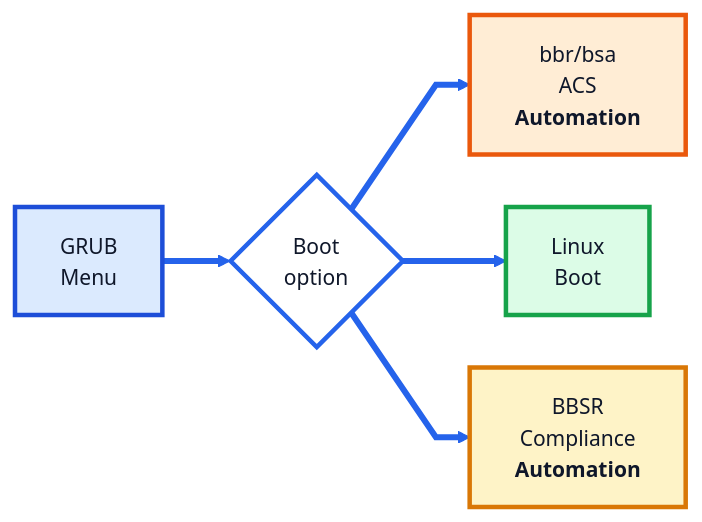
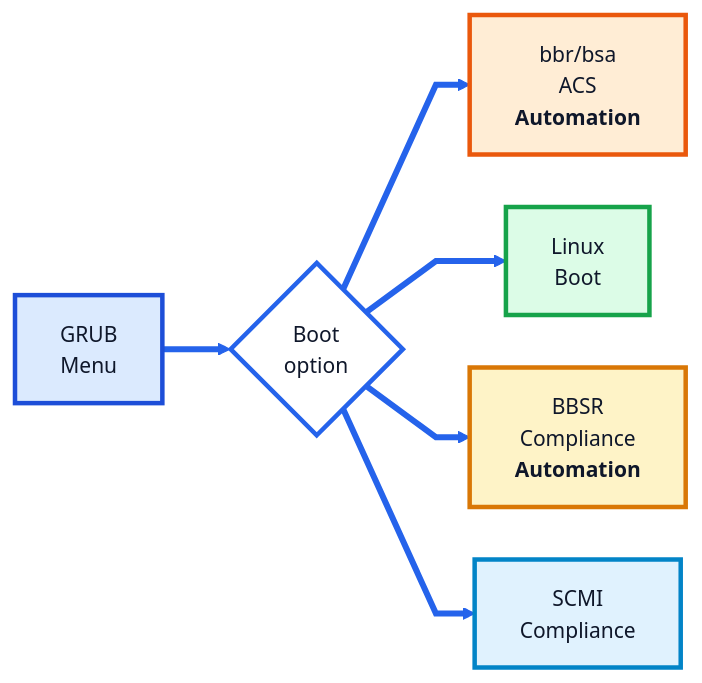
The second of 9 diagrams in docs/systemready_devicetree_band_flow.md (ARM-software/arm-systemready), drawn with Mermaid before and after one commit. The commit also changed other lines of this file and 1 other file, not shown here.

First line of the commit message:
fix: enforce strict ESP detection and document SCMI flow

````diff
--- a/docs/systemready_devicetree_band_flow.md
+++ b/docs/systemready_devicetree_band_flow.md
@@ -125,40 +126,46 @@
 ```mermaid
 %%{init: {
   "theme": "base",
   "flowchart": {
     "curve": "linear",
     "nodeSpacing": 35,
     "rankSpacing": 45
   },
   "themeVariables": {
     "fontFamily": "Arial",
     "fontSize": "14px",
     "primaryBorderColor": "#0f172a",
     "lineColor": "#2563eb",
     "tertiaryColor": "#ffffff"
   }
 }}%%
 
 flowchart LR
     linkStyle default stroke:#2563eb,stroke-width:4px;
 
     A["GRUB<br/>Menu"] --> B{"Boot<br/>option"}
+
     B --> C["bbr/bsa<br/>ACS<br/><b>Automation</b>"]
     B --> D["Linux<br/>Boot"]
     B --> E["BBSR<br/>Compliance<br/><b>Automation</b>"]
+    B --> F["SCMI<br/>Compliance"]
 
-    click C "https://github.com/ARM-software/arm-systemready/blob/main/docs/systemredy_devicetree_band_flow.md#2-bbrbsa-acs-automation-flow" "Go to bbr/bsa ACS Automation Flow"
-    click D "https://github.com/ARM-software/arm-systemready/blob/main/docs/systemredy_devicetree_band_flow.md#3-linux-automation-flow" "Go to Linux Automation Flow"
-    click E "https://github.com/ARM-software/arm-systemready/blob/main/docs/systemredy_devicetree_band_flow.md#4-bbsr-automation-flow" "Go to BBSR Automation Flow"
+    click C "https://github.com/ARM-software/arm-systemready/blob/flow_docs/docs/systemready_devicetree_band_flow.md#2-bbrbsa-acs-automation-flow" "Go to bbr/bsa ACS Automation Flow"
+    click D "https://github.com/ARM-software/arm-systemready/blob/flow_docs/docs/systemready_devicetree_band_flow.md#3-linux-automation-flow" "Go to Linux Automation Flow"
+    click E "https://github.com/ARM-software/arm-systemready/blob/flow_docs/docs/systemready_devicetree_band_flow.md#4-bbsr-automation-flow" "Go to BBSR Automation Flow"
+    click F "https://github.com/ARM-software/arm-systemready/blob/flow_docs/docs/systemready_devicetree_band_flow.md#5-scmi-compliance-flow" "Go to SCMI Compliance Flow"
 
     classDef grub fill:#dbeafe,stroke:#1d4ed8,stroke-width:3px,color:#0f172a;
     classDef decision fill:#ffffff,stroke:#2563eb,stroke-width:3px,color:#0f172a;
     classDef linux fill:#dcfce7,stroke:#16a34a,stroke-width:3px,color:#0f172a;
     classDef uefi fill:#ffedd5,stroke:#ea580c,stroke-width:3px,color:#0f172a;
     classDef bbsr fill:#fef3c7,stroke:#d97706,stroke-width:3px,color:#0f172a;
+    classDef scmi fill:#e0f2fe,stroke:#0284c7,stroke-width:3px,color:#0f172a;
+
     class A grub;
     class B decision;
     class C uefi;
     class D linux;
     class E bbsr;
+    class F scmi;
 ```
````
